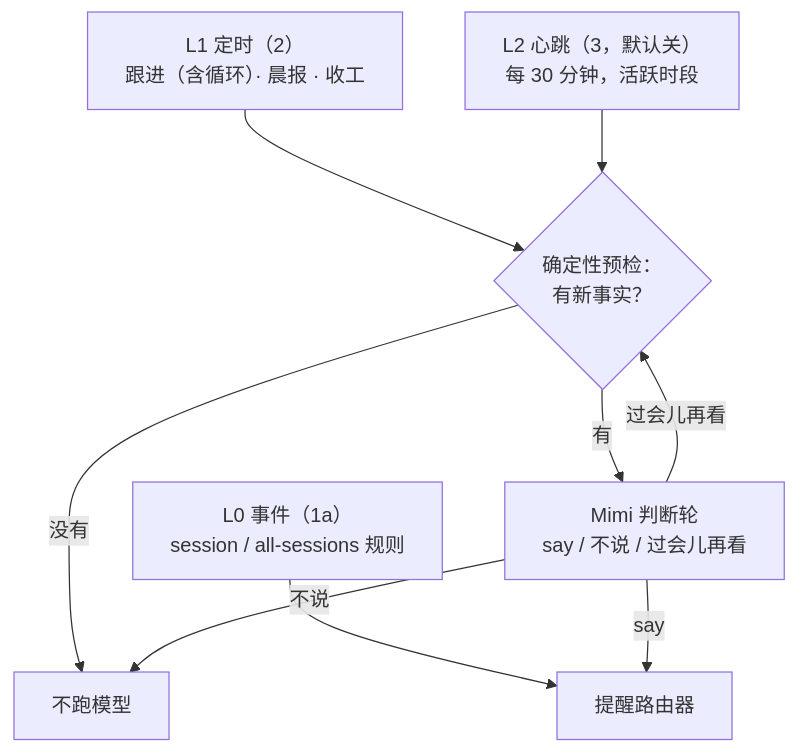
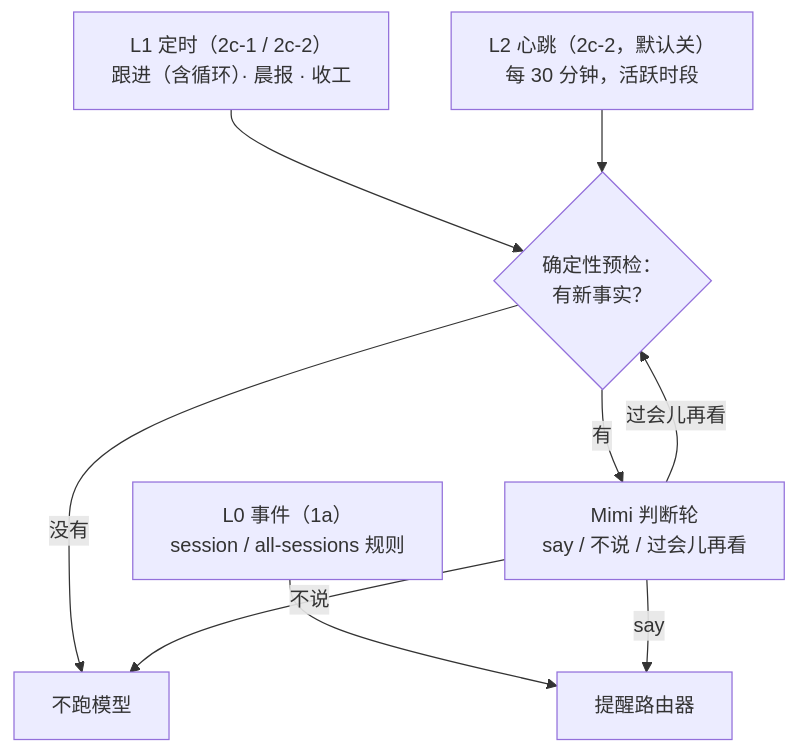
Before and after one commit to cjhyy/codeshell: the fifth of 5 diagrams in docs/superpowers/specs/2026-11-09-mimi-dispatch-notify-proactivity-design.md, drawn with Mermaid. The commit also changed other lines of this file and 1 other file, not shown here.

````diff
--- a/docs/superpowers/specs/2026-11-09-mimi-dispatch-notify-proactivity-design.md
+++ b/docs/superpowers/specs/2026-11-09-mimi-dispatch-notify-proactivity-design.md
@@ -613,11 +627,11 @@
 ```mermaid
 flowchart TD
   L0["L0 事件（1a）<br/>session / all-sessions 规则"] --> R["提醒路由器"]
-  L1["L1 定时（2）<br/>跟进（含循环）· 晨报 · 收工"] --> PRE
-  L2["L2 心跳（3，默认关）<br/>每 30 分钟，活跃时段"] --> PRE
+  L1["L1 定时（2c-1 / 2c-2）<br/>跟进（含循环）· 晨报 · 收工"] --> PRE
+  L2["L2 心跳（2c-2，默认关）<br/>每 30 分钟，活跃时段"] --> PRE
   PRE{"确定性预检：<br/>有新事实？"} -->|没有| X["不跑模型"]
   PRE -->|有| MT["Mimi 判断轮<br/>say / 不说 / 过会儿再看"]
   MT -->|say| R
   MT -->|不说| X
   MT -->|过会儿再看| PRE
 ```
````
